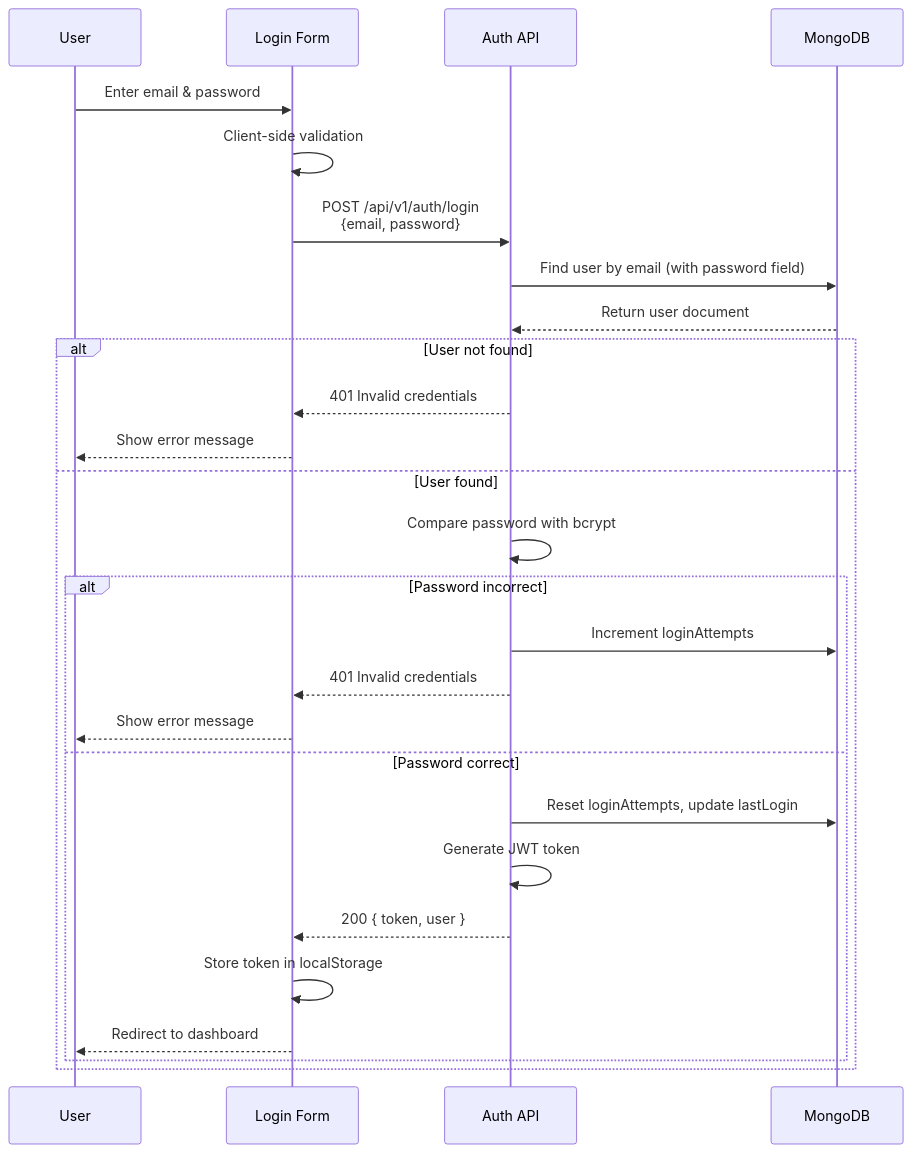
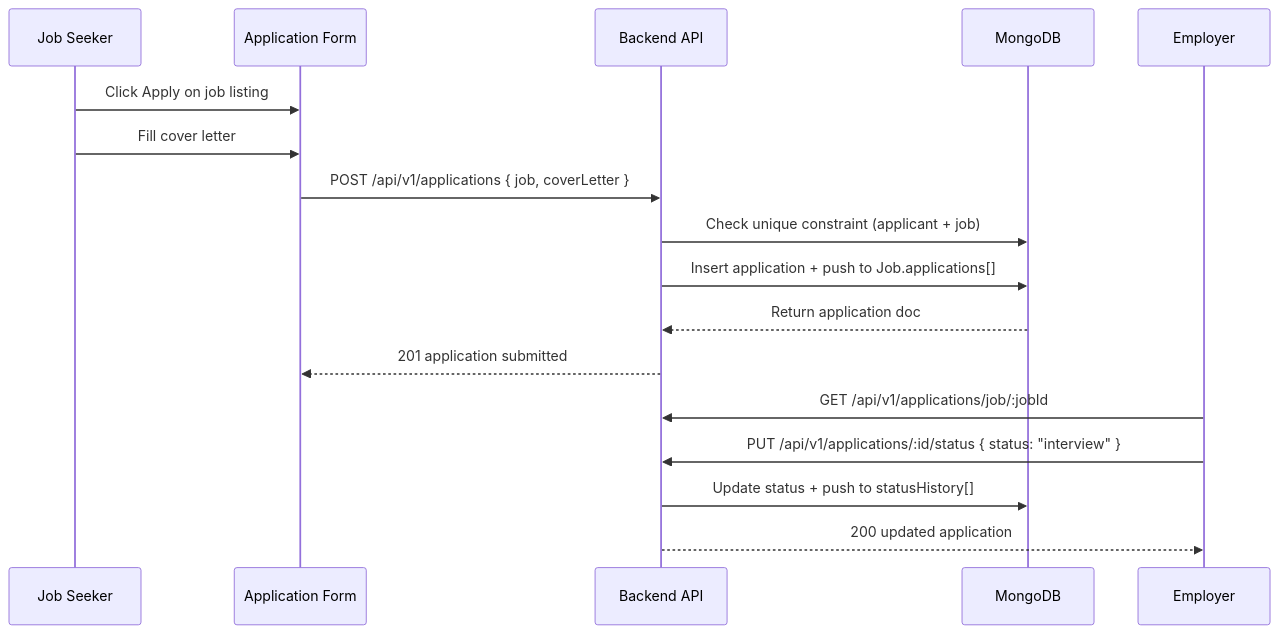
Before and after one commit to Team-Kaizen-MMDC/mmdc-wst: the fourth of 6 diagrams in docs/DATABASE_PLAN.md, drawn with Mermaid. The commit also changed other lines of this file, not shown here.

Commit message:
Implement feature X to enhance user experience and optimize performance

````diff
--- a/docs/DATABASE_PLAN.md
+++ b/docs/DATABASE_PLAN.md
@@ -785,31 +596,21 @@
 ```mermaid
 sequenceDiagram
-    participant User
-    participant UI as Login Form
-    participant API as Auth API
+    participant JS as Job Seeker
+    participant UI as Application Form
+    participant API as Backend API
     participant DB as MongoDB
+    participant EM as Employer
 
-    User->>UI: Enter email & password
-    UI->>UI: Client-side validation
-    UI->>API: POST /api/v1/auth/login<br/>{email, password}
-    API->>DB: Find user by email (with password field)
-    DB-->>API: Return user document
+    JS->>UI: Click Apply on job listing
+    JS->>UI: Fill cover letter
+    UI->>API: POST /api/v1/applications { job, coverLetter }
+    API->>DB: Check unique constraint (applicant + job)
+    API->>DB: Insert application + push to Job.applications[]
+    DB-->>API: Return application doc
+    API-->>UI: 201 application submitted
 
-    alt User not found
-        API-->>UI: 401 Invalid credentials
-        UI-->>User: Show error message
-    else User found
-        API->>API: Compare password with bcrypt
-        alt Password incorrect
-            API->>DB: Increment loginAttempts
-            API-->>UI: 401 Invalid credentials
-            UI-->>User: Show error message
-        else Password correct
-            API->>DB: Reset loginAttempts, update lastLogin
-            API->>API: Generate JWT token
-            API-->>UI: 200 { token, user }
-            UI->>UI: Store token in localStorage
-            UI-->>User: Redirect to dashboard
-        end
-    end
+    EM->>API: GET /api/v1/applications/job/:jobId
+    EM->>API: PUT /api/v1/applications/:id/status { status: "interview" }
+    API->>DB: Update status + push to statusHistory[]
+    API-->>EM: 200 updated application
 ```
````
